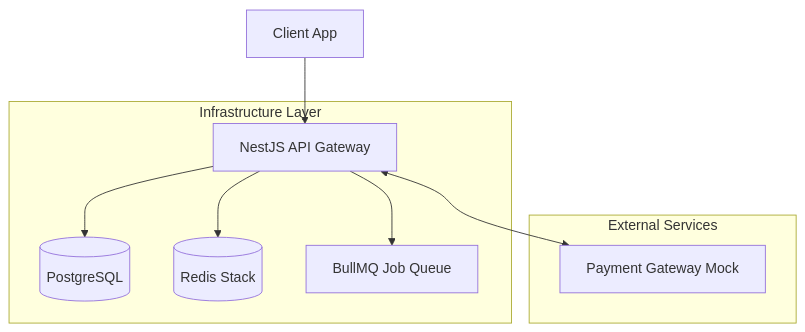
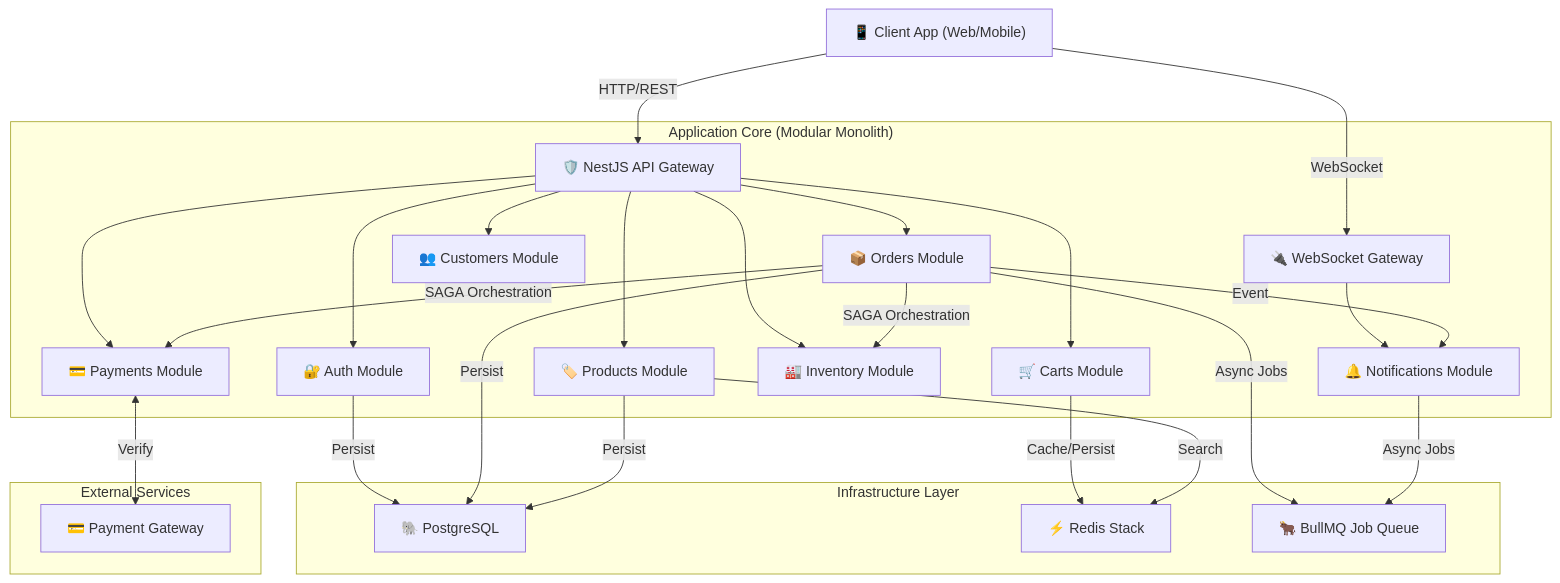
Before and after one commit to PrimeRaouf/ecommerce-store-api: the diagram in README.md, drawn with Mermaid. The commit also changed other lines of this file and 1 other file, not shown here.

````diff
--- a/README.md
+++ b/README.md
@@ -57,16 +58,37 @@
 ```mermaid
 graph TD
-    Client[Client App] --> API[NestJS API Gateway]
+    Client["📱 Client App (Web/Mobile)"] -->|HTTP/REST| API["🛡️ NestJS API Gateway"]
+    Client -->|WebSocket| WS["🔌 WebSocket Gateway"]
+
+    subgraph "Application Core (Modular Monolith)"
+        API --> Auth["🔐 Auth Module"]
+        API --> Orders["📦 Orders Module"]
+        API --> Products["🏷️ Products Module"]
+        API --> Carts["🛒 Carts Module"]
+        API --> Payments["💳 Payments Module"]
+        API --> Inventory["🏭 Inventory Module"]
+        API --> Customers["👥 Customers Module"]
+
+        WS --> Notifications["🔔 Notifications Module"]
+
+        Orders -->|SAGA Orchestration| Inventory
+        Orders -->|SAGA Orchestration| Payments
+        Orders -->|Event| Notifications
+    end
 
     subgraph "Infrastructure Layer"
-        API --> PG[(PostgreSQL)]
-        API --> Redis[(Redis Stack)]
-        API --> BullMQ[BullMQ Job Queue]
+        Auth -->|Persist| PG["🐘 PostgreSQL"]
+        Orders -->|Persist| PG
+        Products -->|Persist| PG
+
+        Carts -->|Cache/Persist| Redis["⚡ Redis Stack"]
+        Products -->|Search| Redis
+
+        Orders -->|Async Jobs| BullMQ["🐂 BullMQ Job Queue"]
+        Notifications -->|Async Jobs| BullMQ
     end
 
     subgraph "External Services"
-        Payment[Payment Gateway Mock]
+        Payments <-->|Verify| Stripe["💳 Payment Gateway"]
     end
-
-    API <--> Payment
 ```
````
